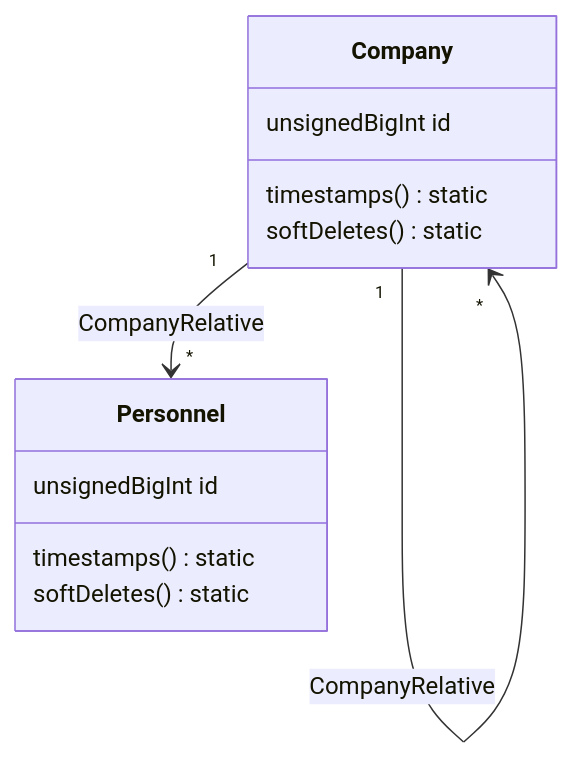
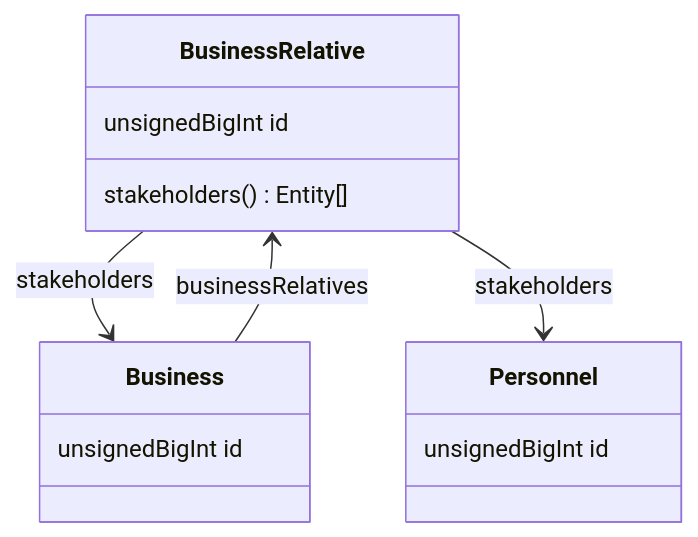
One commit to creasico/laravel-base changed the third of 7 diagrams in database/README.md. Above: the diagram before and after it, drawn with Mermaid. The commit also changed other lines of this file and 2 other files, not shown here.

````diff
--- a/database/README.md
+++ b/database/README.md
@@ -141,16 +192,17 @@
 ```mermaid
 classDiagram
-    Company "1" --> "*" Company : CompanyRelative
-    Company "1" --> "*" Personnel : CompanyRelative
+     BusinessRelative --> Business : stakeholders
+     BusinessRelative --> Personnel : stakeholders
+     Business --> BusinessRelative : businessRelatives
 
-    class Company {
+    class Business {
         unsignedBigInt id
-        timestamps() static
-        softDeletes() static
     }
     class Personnel {
         unsignedBigInt id
-        timestamps() static
-        softDeletes() static
+    }
+    class BusinessRelative {
+        unsignedBigInt id
+        stakeholders() Entity[]
     }
 ```
````
